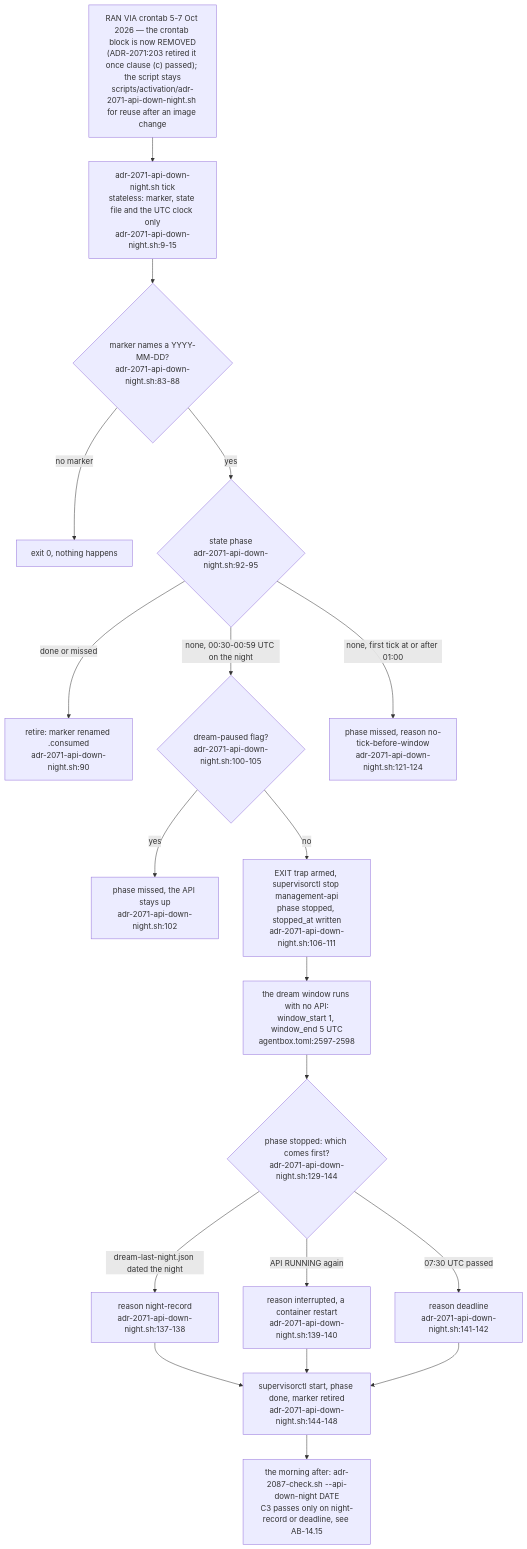
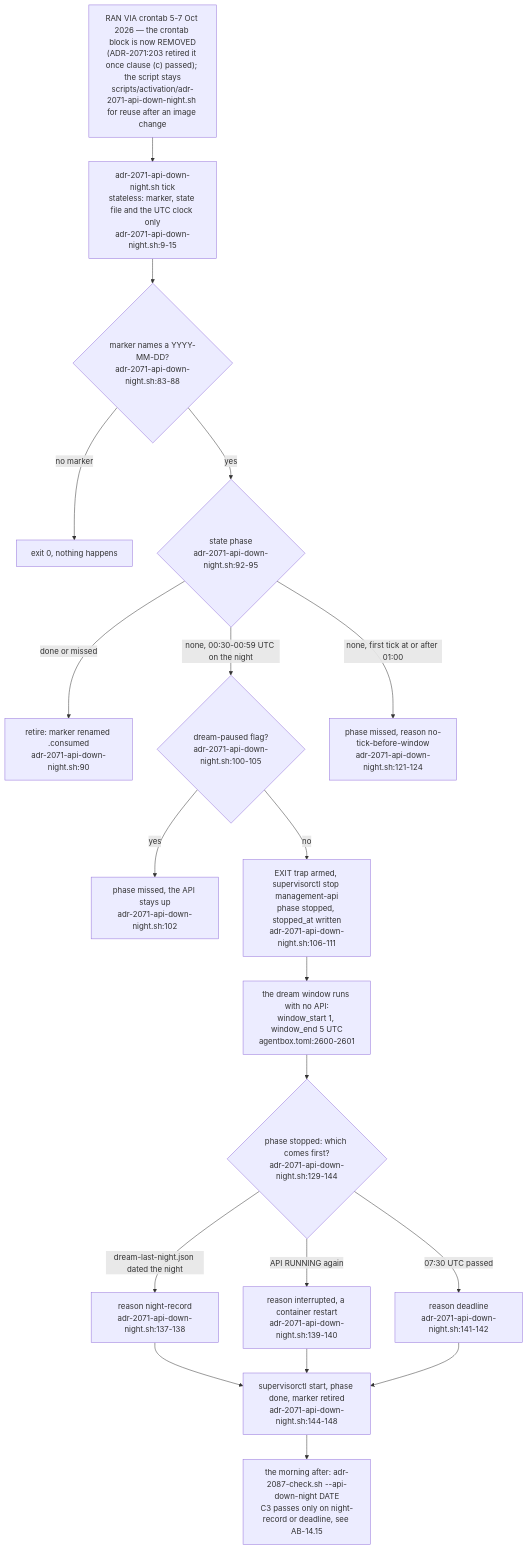
Before and after one commit to DreamLab-AI/VisionFlow: diagram 19 of 22 in docs/diagrams/agentbox/23-dream-engine.md, drawn with Mermaid. The commit also changed other lines of this file and 142 other files, not shown here.

First line of the commit message:
docs(diagrams): one System One route; re-verify 140 topics at today's heads

````diff
--- a/docs/diagrams/agentbox/23-dream-engine.md
+++ b/docs/diagrams/agentbox/23-dream-engine.md
@@ -977,22 +977,22 @@
 ```mermaid
 flowchart TB
     CRON["RAN VIA crontab 5-7 Oct 2026 — the crontab block is now REMOVED<br/>#40;ADR-2071:203 retired it once clause #40;c#41; passed#41;; the script stays<br/>scripts/activation/adr-2071-api-down-night.sh for reuse after an image change"]
     CRON --> TICK["adr-2071-api-down-night.sh tick<br/>stateless: marker, state file and the UTC clock only<br/>adr-2071-api-down-night.sh:9-15"]
     TICK --> MK{"marker names a YYYY-MM-DD?<br/>adr-2071-api-down-night.sh:83-88"}
     MK -->|"no marker"| NOOP["exit 0, nothing happens"]
     MK -->|"yes"| PH{"state phase<br/>adr-2071-api-down-night.sh:92-95"}
     PH -->|"done or missed"| RET["retire: marker renamed .consumed<br/>adr-2071-api-down-night.sh:90"]
     PH -->|"none, 00:30-00:59 UTC on the night"| PAUSE{"dream-paused flag?<br/>adr-2071-api-down-night.sh:100-105"}
     PAUSE -->|"yes"| MISS["phase missed, the API stays up<br/>adr-2071-api-down-night.sh:102"]
     PAUSE -->|"no"| STOP["EXIT trap armed, supervisorctl stop management-api<br/>phase stopped, stopped_at written<br/>adr-2071-api-down-night.sh:106-111"]
     PH -->|"none, first tick at or after 01:00"| MISS2["phase missed, reason no-tick-before-window<br/>adr-2071-api-down-night.sh:121-124"]
-    STOP --> NIGHT["the dream window runs with no API:<br/>window_start 1, window_end 5 UTC<br/>agentbox.toml:2597-2598"]
+    STOP --> NIGHT["the dream window runs with no API:<br/>window_start 1, window_end 5 UTC<br/>agentbox.toml:2600-2601"]
     NIGHT --> RS{"phase stopped: which comes first?<br/>adr-2071-api-down-night.sh:129-144"}
     RS -->|"dream-last-night.json dated the night"| R1["reason night-record<br/>adr-2071-api-down-night.sh:137-138"]
     RS -->|"API RUNNING again"| R2["reason interrupted, a container restart<br/>adr-2071-api-down-night.sh:139-140"]
     RS -->|"07:30 UTC passed"| R3["reason deadline<br/>adr-2071-api-down-night.sh:141-142"]
     R1 --> START["supervisorctl start, phase done, marker retired<br/>adr-2071-api-down-night.sh:144-148"]
     R2 --> START
     R3 --> START
     START --> CHK["the morning after: adr-2087-check.sh --api-down-night DATE<br/>C3 passes only on night-record or deadline, see AB-14.15"]
 ```
````
